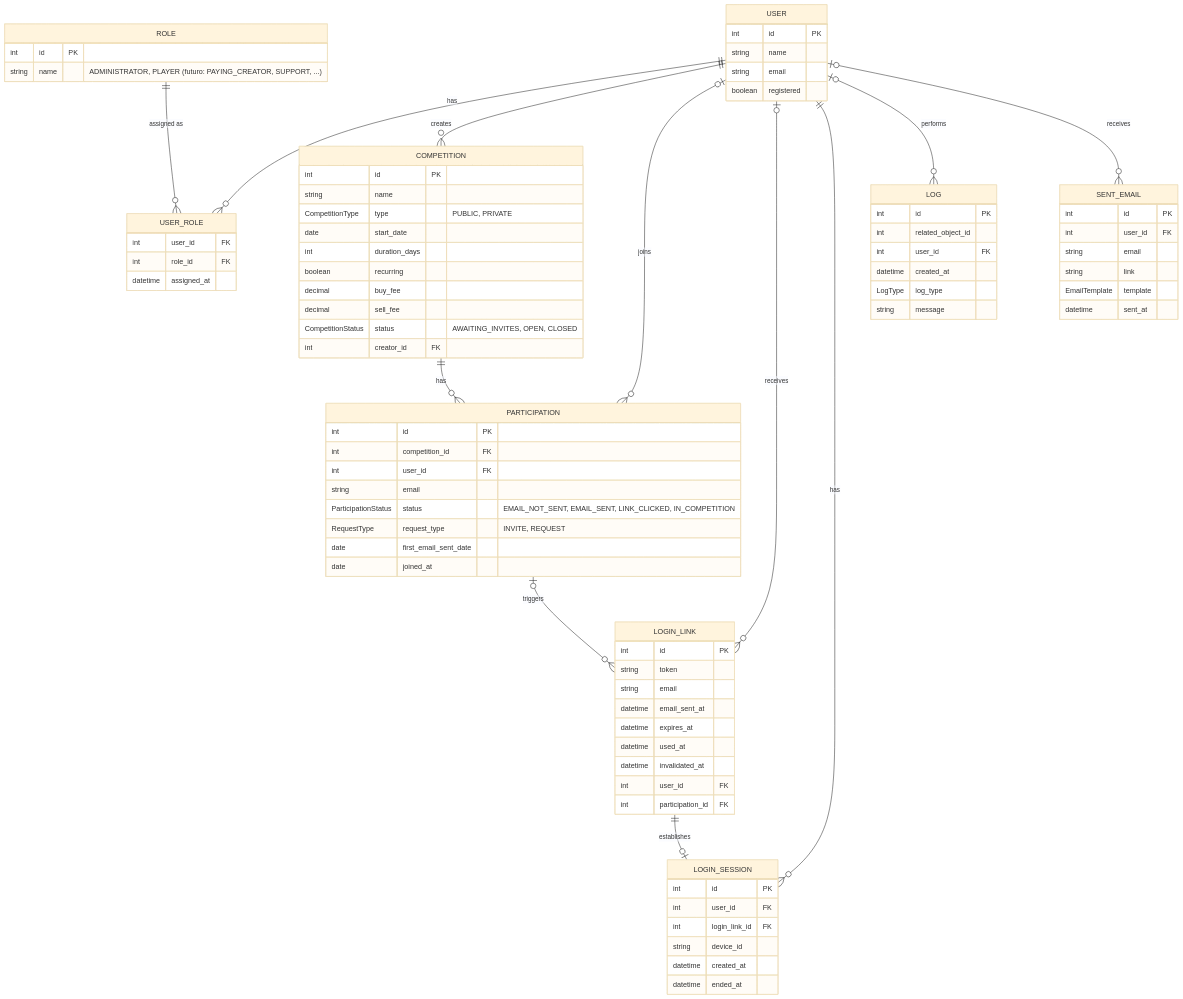
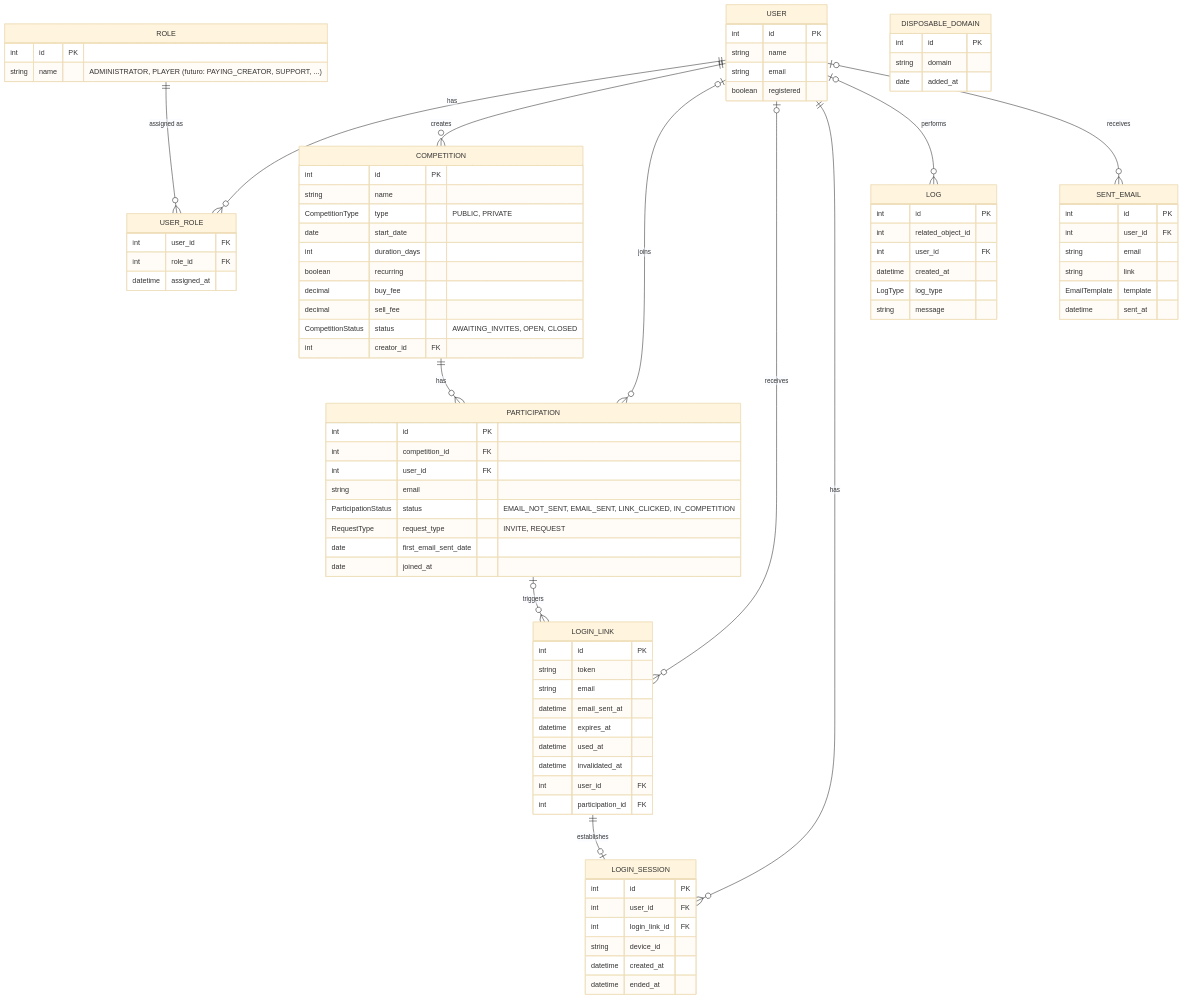
Before and after one commit to lalgarve/jogo-acoes: the diagram in docs/diagrams/der.md, drawn with Mermaid (base theme). The commit also changed other lines of this file and 5 other files, not shown here.

```diff
--- a/docs/diagrams/der.md
+++ b/docs/diagrams/der.md
@@ -77,6 +77,11 @@
         EmailTemplate template
         datetime sent_at
     }
+    DISPOSABLE_DOMAIN {
+        int id PK
+        string domain
+        date added_at
+    }
 
     USER          ||--o{ USER_ROLE      : has
     ROLE          ||--o{ USER_ROLE      : "assigned as"
```
